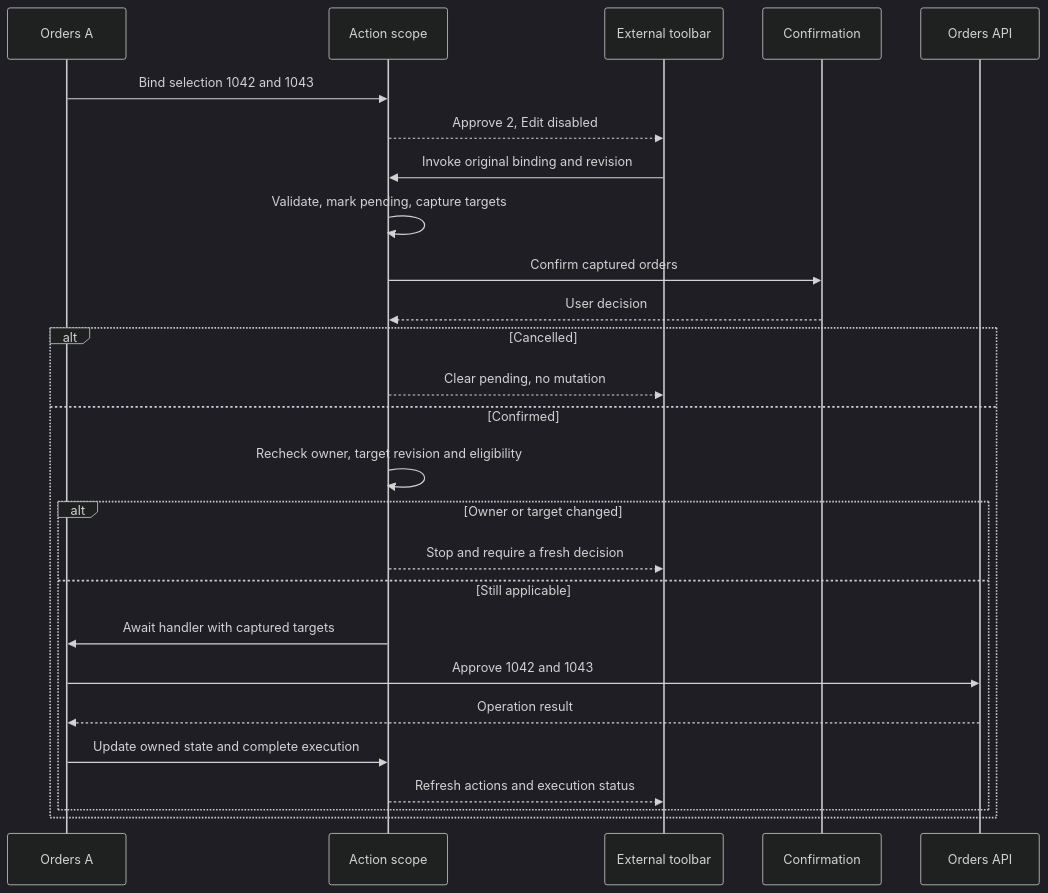
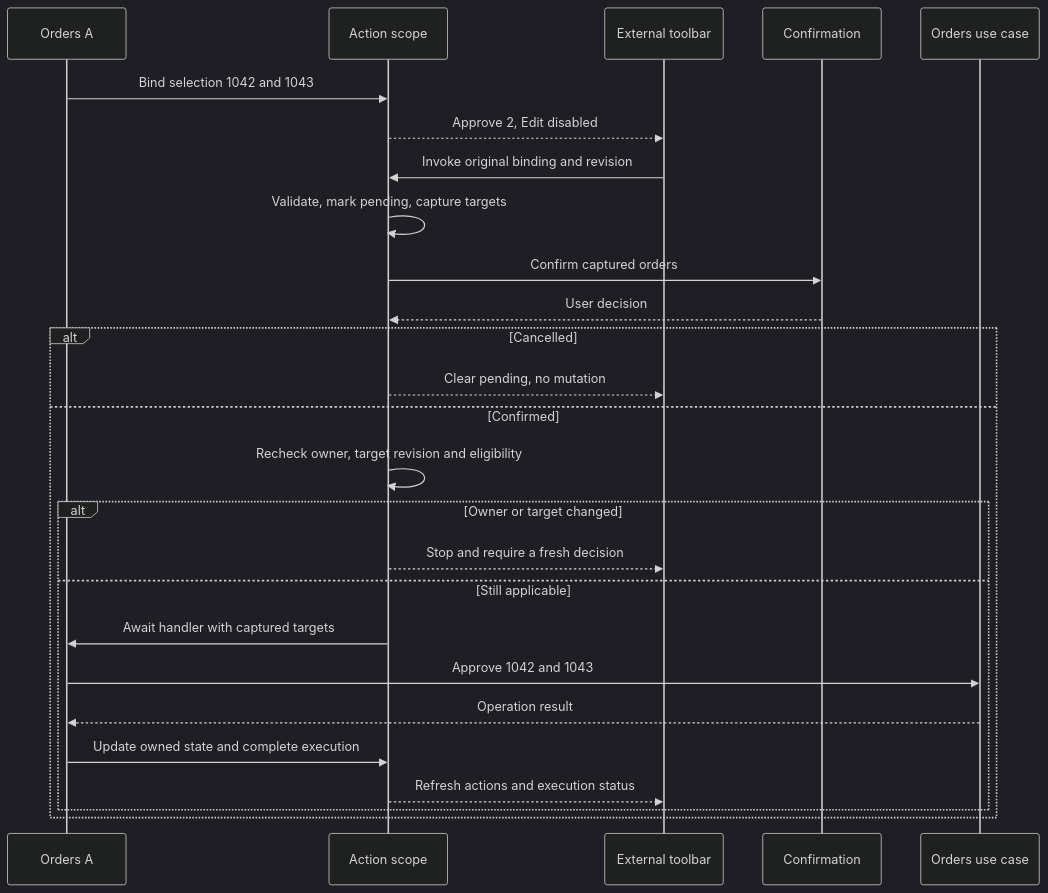
The fourth of 10 diagrams in docs/specs/spec-blazor-presentation-framework.md (BridgingIT-GmbH/bITdevKit), drawn with Mermaid (dark theme) before and after one commit. The commit also changed other lines of this file, not shown here.

````diff
--- a/docs/specs/spec-blazor-presentation-framework.md
+++ b/docs/specs/spec-blazor-presentation-framework.md
@@ -571,28 +621,28 @@
 ```mermaid
 sequenceDiagram
     participant A as Orders A
     participant Scope as Action scope
     participant Bar as External toolbar
     participant Confirm as Confirmation
-    participant API as Orders API
+    participant UseCase as Orders use case
     A->>Scope: Bind selection 1042 and 1043
     Scope-->>Bar: Approve 2, Edit disabled
     Bar->>Scope: Invoke original binding and revision
     Scope->>Scope: Validate, mark pending, capture targets
     Scope->>Confirm: Confirm captured orders
     Confirm-->>Scope: User decision
     alt Cancelled
         Scope-->>Bar: Clear pending, no mutation
     else Confirmed
         Scope->>Scope: Recheck owner, target revision and eligibility
         alt Owner or target changed
             Scope-->>Bar: Stop and require a fresh decision
         else Still applicable
             Scope->>A: Await handler with captured targets
-            A->>API: Approve 1042 and 1043
-            API-->>A: Operation result
+            A->>UseCase: Approve 1042 and 1043
+            UseCase-->>A: Operation result
             A->>Scope: Update owned state and complete execution
             Scope-->>Bar: Refresh actions and execution status
         end
     end
 ```
````
